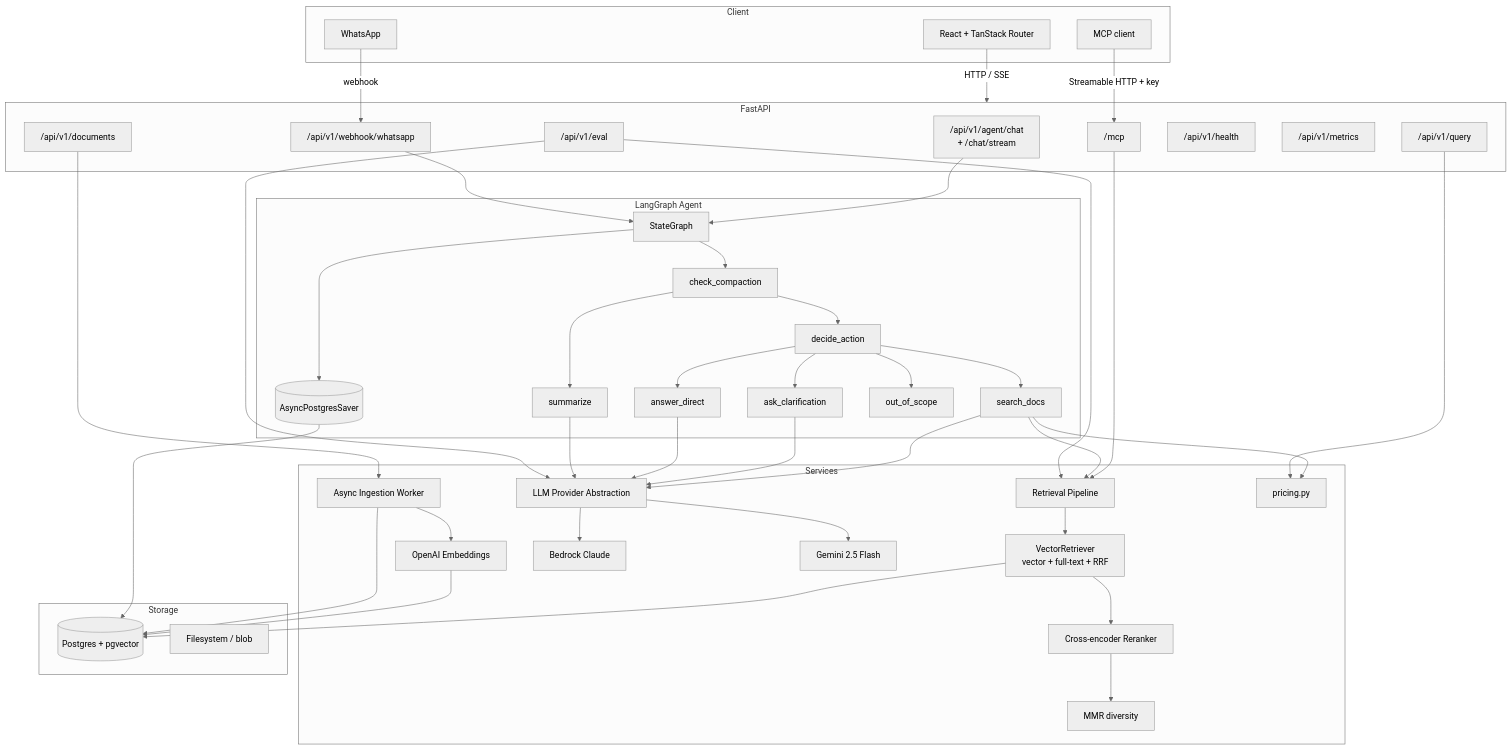
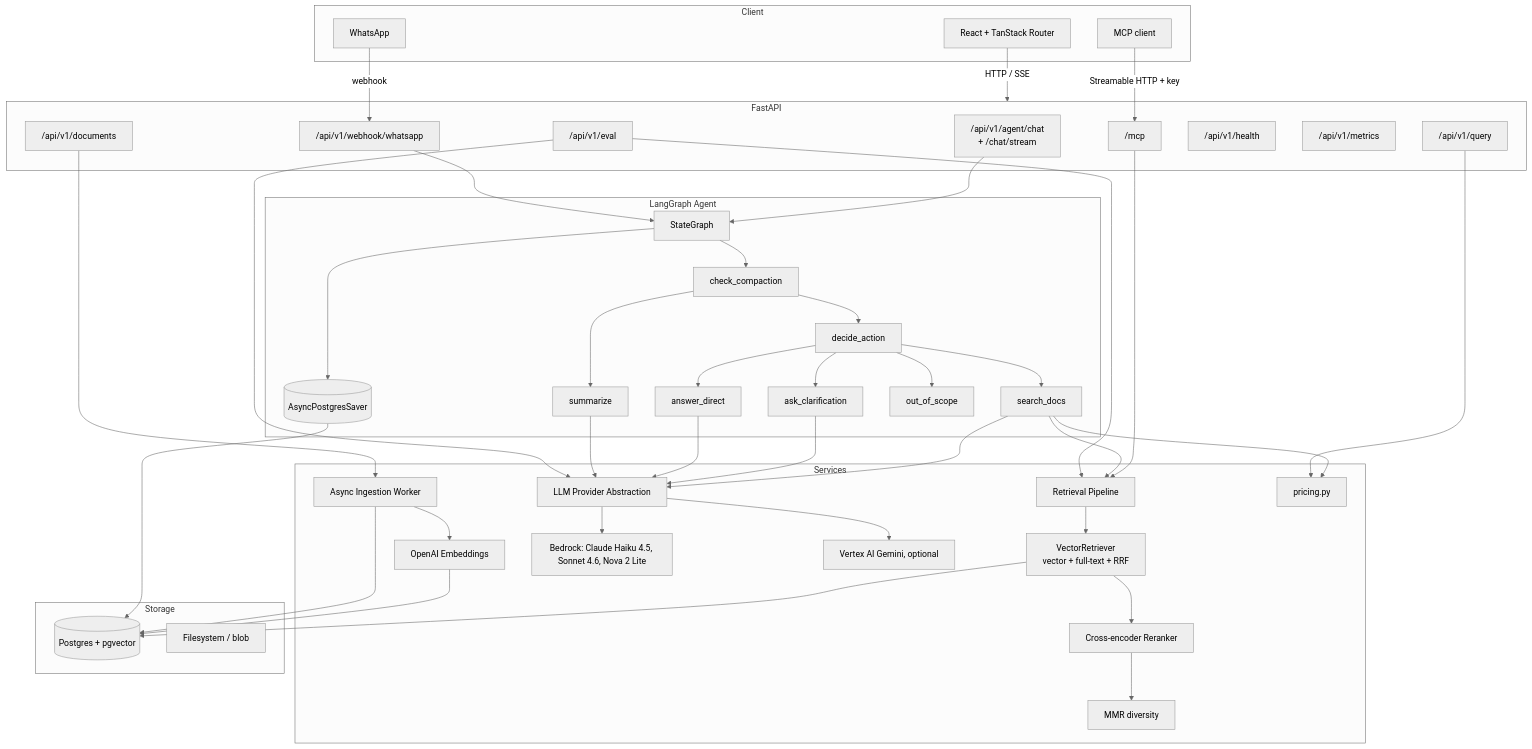
One commit to FrancoCazal/WhisperDocs changed the first of 4 diagrams in ARCHITECTURE.md. Above: the diagram before and after it, drawn with Mermaid (neutral theme). The commit also changed other lines of this file and 6 other files, not shown here.

First line of the commit message:
feat(llm): every default model on Bedrock, with a Nova judge

```diff
--- a/ARCHITECTURE.md
+++ b/ARCHITECTURE.md
@@ -46,8 +46,8 @@
     MMR[MMR diversity]
     Embedder[OpenAI Embeddings]
     LLM[LLM Provider Abstraction]
-    Bedrock[Bedrock Claude]
-    Gemini[Gemini 2.5 Flash]
+    Bedrock[Bedrock: Claude Haiku 4.5, Sonnet 4.6, Nova 2 Lite]
+    Gemini[Vertex AI Gemini, optional]
     Ingestion[Async Ingestion Worker]
     Pricing[pricing.py]
   end
```
